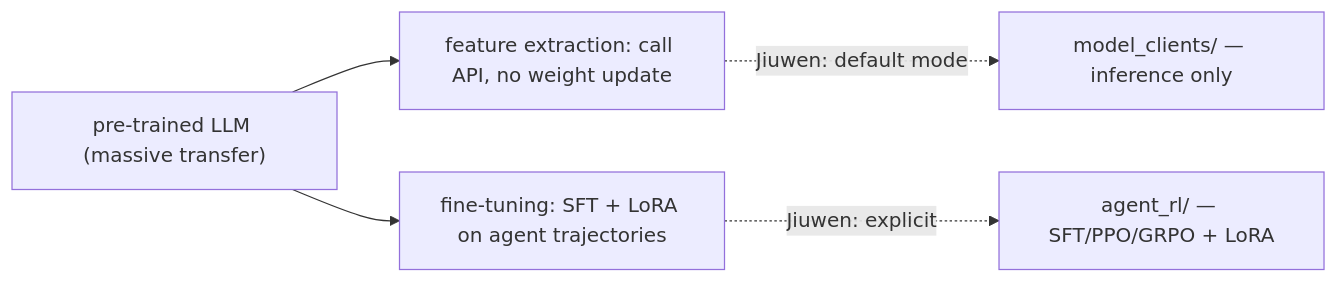
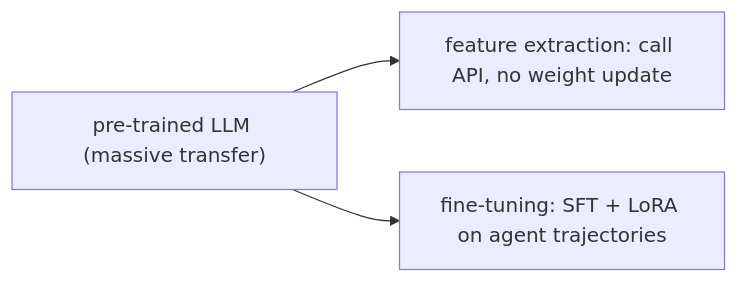
Before and after one commit to michaelatamuk/openjiuwen-knowledge: diagram 14 of 18 in content/topics/00-ml-foundations.md, drawn with Mermaid. The commit also changed other lines of this file and 57 other files, not shown here.

````diff
--- a/content/topics/00-ml-foundations.md
+++ b/content/topics/00-ml-foundations.md
@@ -417,7 +267,5 @@
 ```mermaid
 flowchart LR
     BASE["pre-trained LLM (massive transfer)"] --> FE["feature extraction: call API, no weight update"]
     BASE --> FT["fine-tuning: SFT + LoRA on agent trajectories"]
-    FE -.->|"Jiuwen: default mode"| MC["model_clients/ — inference only"]
-    FT -.->|"Jiuwen: explicit"| RL["agent_rl/ — SFT/PPO/GRPO + LoRA"]
 ```
````
